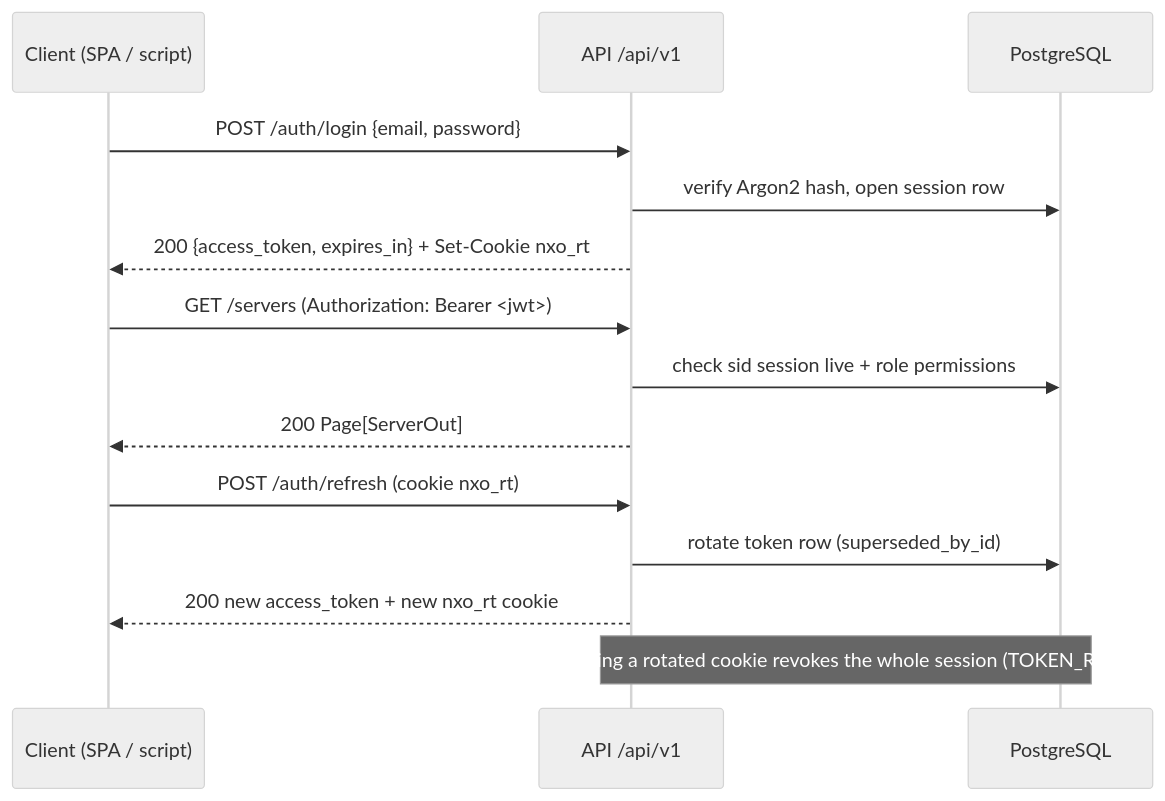
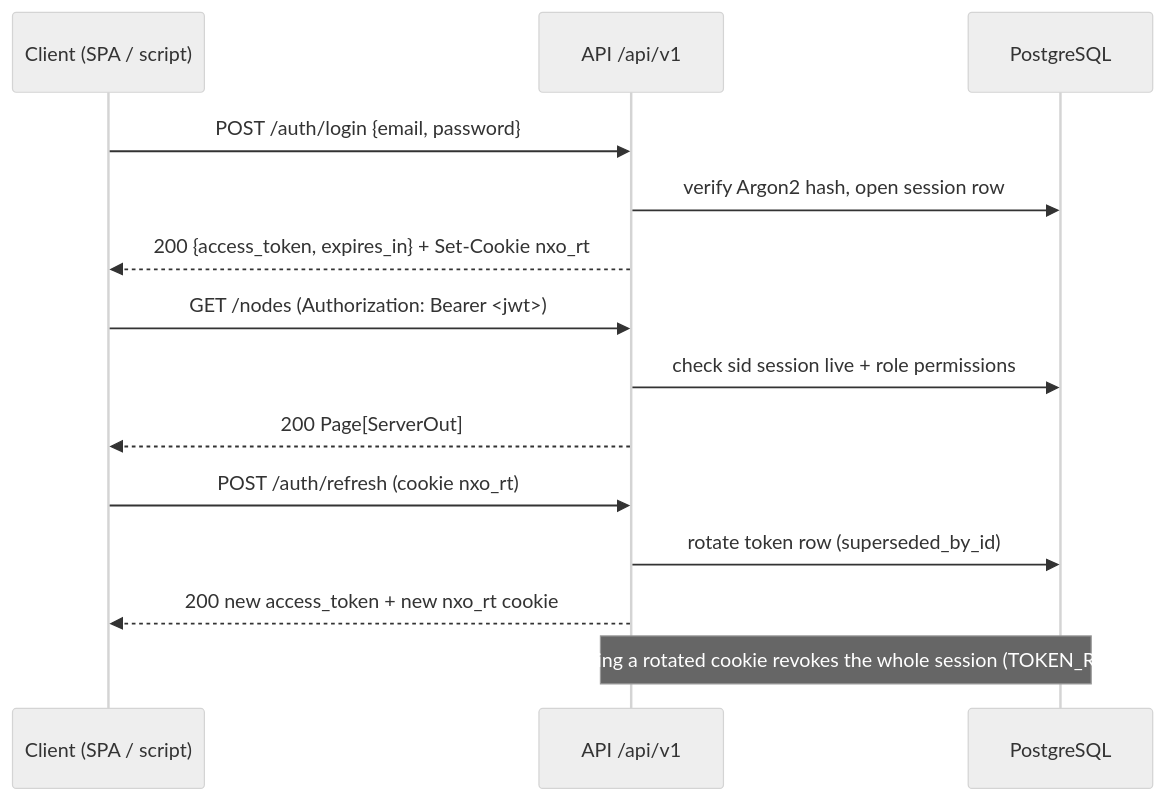
One commit to emad60/nexusops changed the first of 2 diagrams in docs/api.md. Above: the diagram before and after it, drawn with Mermaid (neutral theme). The commit also changed other lines of this file and 17 other files, not shown here.

````diff
--- a/docs/api.md
+++ b/docs/api.md
@@ -183,16 +219,16 @@
 ```mermaid
 sequenceDiagram
     participant C as Client (SPA / script)
     participant A as API /api/v1
     participant DB as PostgreSQL
     C->>A: POST /auth/login {email, password}
     A->>DB: verify Argon2 hash, open session row
     A-->>C: 200 {access_token, expires_in} + Set-Cookie nxo_rt
-    C->>A: GET /servers (Authorization: Bearer <jwt>)
+    C->>A: GET /nodes (Authorization: Bearer <jwt>)
     A->>DB: check sid session live + role permissions
     A-->>C: 200 Page[ServerOut]
     C->>A: POST /auth/refresh (cookie nxo_rt)
     A->>DB: rotate token row (superseded_by_id)
     A-->>C: 200 new access_token + new nxo_rt cookie
     Note over A,DB: replaying a rotated cookie revokes the whole session (TOKEN_REUSE)
 ```
````
